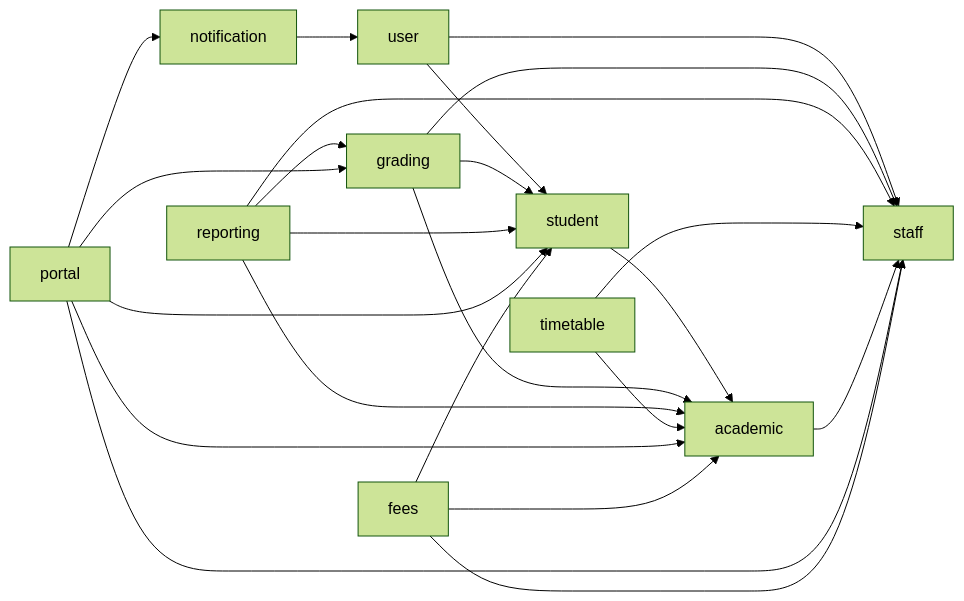
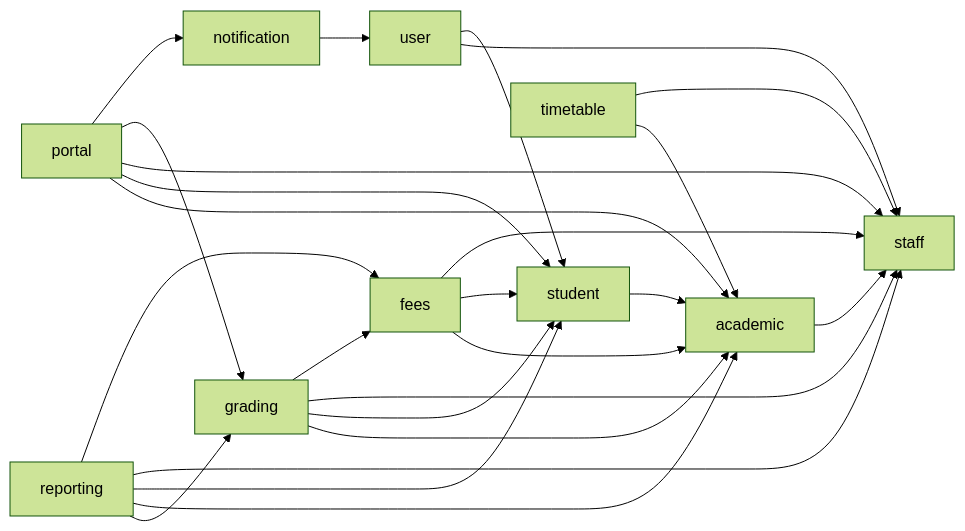
Before and after one commit to Elshamma-Project/School-Mgmt-Back: the diagram in docs/08-architecture-modulaire.md, drawn with Mermaid (forest theme). The commit also changed other lines of this file and 20 other files, not shown here.

````diff
--- a/docs/08-architecture-modulaire.md
+++ b/docs/08-architecture-modulaire.md
@@ -24,12 +24,12 @@
 ```mermaid
 flowchart LR
   user --> staff & student
   student --> academic
-  grading --> academic & student & staff
-  reporting --> grading & academic & student & staff
+  grading --> academic & student & staff & fees
+  reporting --> grading & academic & student & staff & fees
   timetable --> academic & staff
   academic --> staff
   notification --> user
   portal --> academic & student & staff & grading & notification
   fees --> academic & student & staff
 ```
````
